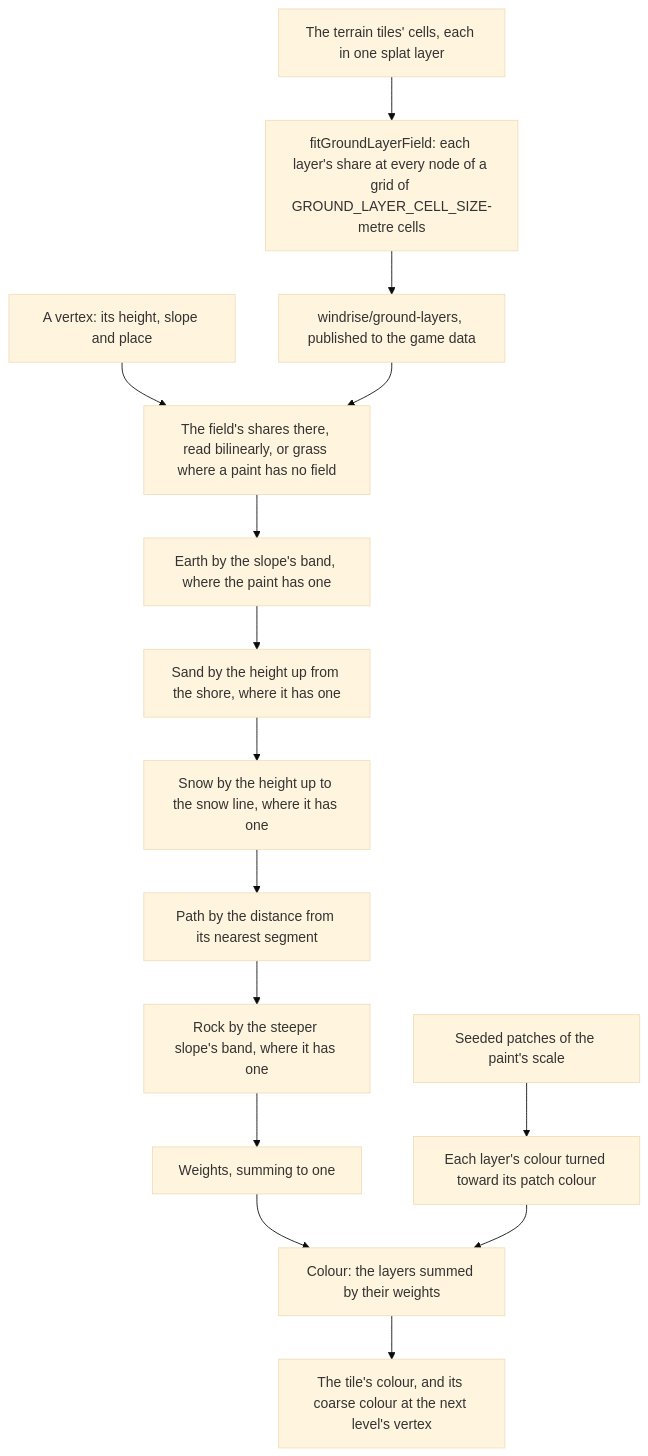
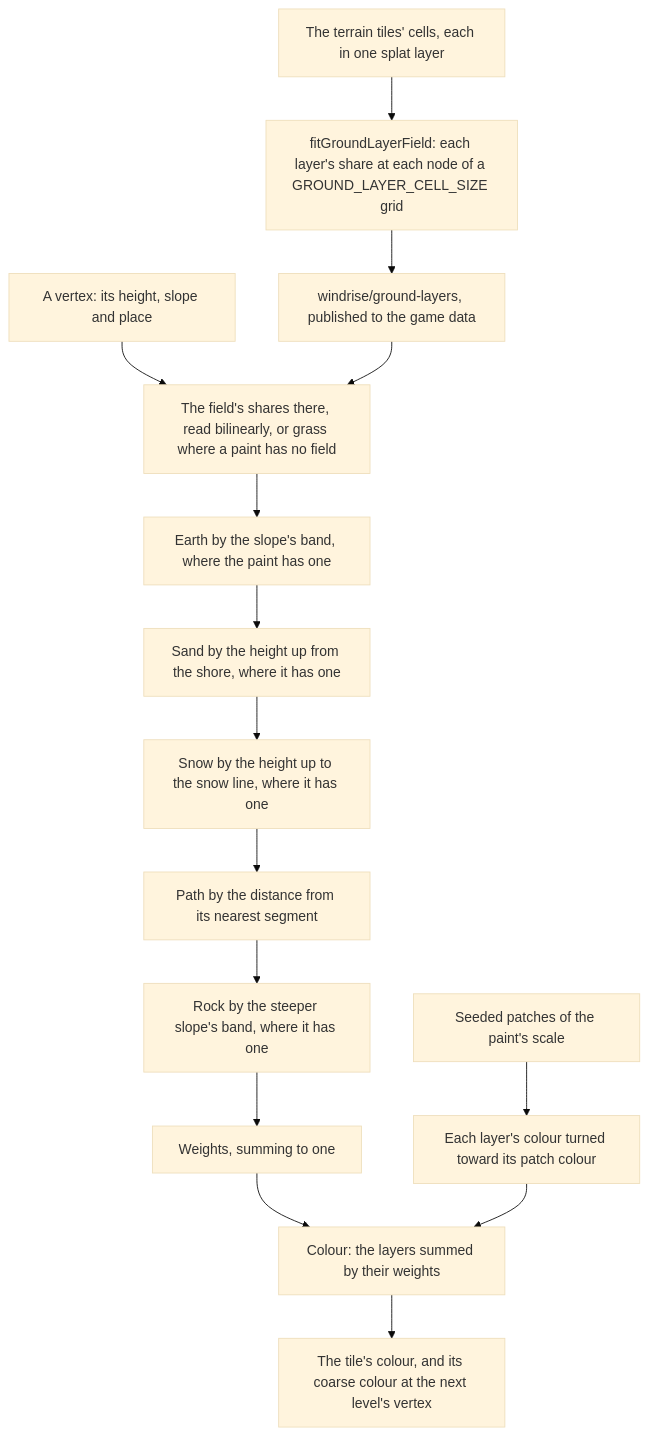
One commit to Esposter/Esposter changed the diagram in openspec/specs/genshin/ground-paint/design.md. Above: the diagram before and after it, drawn with Mermaid (base theme). The commit also changed 4 other files, not shown here.

First line of the commit message:
fix(ci): a suite's constants sit in its describe and four diagram labels fit a name and one qualifier

````diff
--- a/openspec/specs/genshin/ground-paint/design.md
+++ b/openspec/specs/genshin/ground-paint/design.md
@@ -7,17 +7,17 @@
 ```mermaid
 flowchart TD
-  BM["The terrain tiles' cells, each in one splat layer"] --> FIT["fitGroundLayerField: each layer's share at every node of a grid of GROUND_LAYER_CELL_SIZE-metre cells"]
+  BM["The terrain tiles' cells, each in one splat layer"] --> FIT["fitGroundLayerField: each layer's share at each node of a GROUND_LAYER_CELL_SIZE grid"]
   FIT --> F["windrise/ground-layers, published to the game data"]
   V["A vertex: its height, slope and place"] --> L["The field's shares there, read bilinearly, or grass where a paint has no field"]
   F --> L
   L --> E["Earth by the slope's band, where the paint has one"]
   E --> S["Sand by the height up from the shore, where it has one"]
   S --> N["Snow by the height up to the snow line, where it has one"]
   N --> P["Path by the distance from its nearest segment"]
   P --> R["Rock by the steeper slope's band, where it has one"]
   R --> W["Weights, summing to one"]
   NOISE["Seeded patches of the paint's scale"] --> C["Each layer's colour turned toward its patch colour"]
   W --> SUM["Colour: the layers summed by their weights"]
   C --> SUM
   SUM --> TILE["The tile's colour, and its coarse colour at the next level's vertex"]
 ```
````
